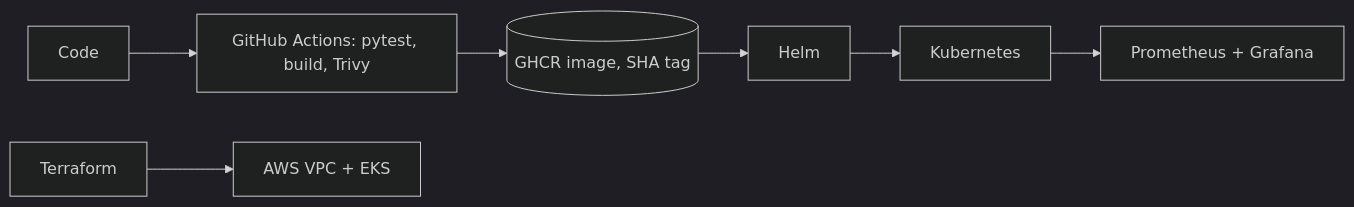
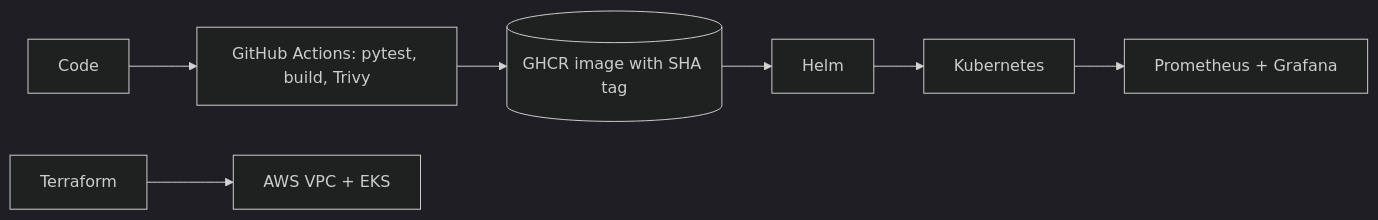
Before and after one commit to Raghavendra1729-cell/placetrack-devops-capstone: the diagram in README.md, drawn with Mermaid (dark theme). The commit also changed other lines of this file and 2 other files, not shown here.

````diff
--- a/README.md
+++ b/README.md
@@ -7,9 +7,9 @@
 ```mermaid
 flowchart LR
-    Dev[Code] --> CI[GitHub Actions: pytest, build, Trivy]
-    CI --> R[(GHCR image, SHA tag)]
+    Code --> CI[GitHub Actions: pytest, build, Trivy]
+    CI --> R[(GHCR image with SHA tag)]
     TF[Terraform] --> AWS[AWS VPC + EKS]
     R --> H[Helm]
     H --> K[Kubernetes]
     K --> M[Prometheus + Grafana]
 ```
````
